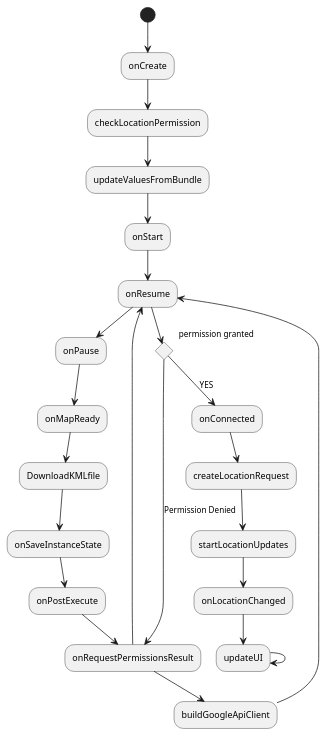
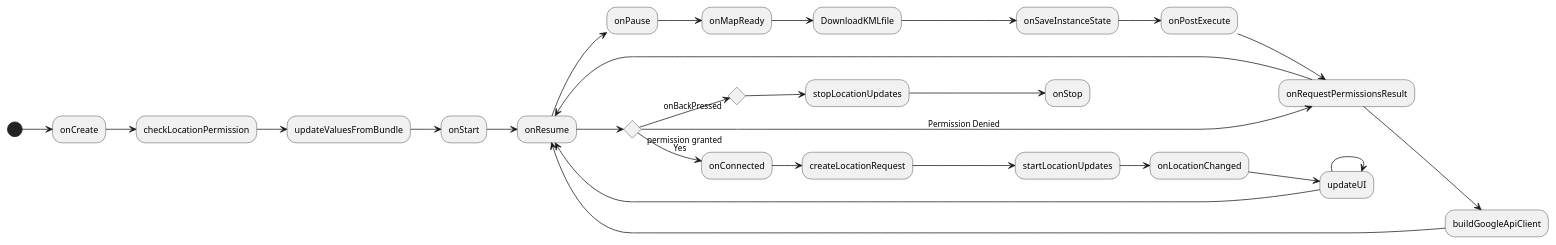
One commit to verden11/Grabble_SELP changed the diagram in app/src/main/res/raw/maps_sequence.puml. Above: the diagram before and after it, drawn with PlantUML. The commit also changed 1 other file, not shown here.

Commit message:
maps sequence diagram updte

```diff
--- a/app/src/main/res/raw/maps_sequence.puml
+++ b/app/src/main/res/raw/maps_sequence.puml
@@ -1,26 +1,34 @@
 @startuml
 (*)  --> "onCreate"
+left to right direction
 --> "checkLocationPermission"
 --> "updateValuesFromBundle"
 --> "onStart"
 --> "onResume"
 --> "onPause"
 --> "onMapReady"
 --> "DownloadKMLfile"
 --> "onSaveInstanceState"
 --> "onPostExecute"
 --> "onRequestPermissionsResult"
 --> "buildGoogleApiClient"
 --> "onResume"
     If "permission granted" then
-    --> [YES]"onConnected"
+    --> [Yes]"onConnected"
     --> "createLocationRequest"
     --> "startLocationUpdates"
     --> "onLocationChanged"
     --> "updateUI"
     --> "updateUI"
+    --> "onResume"
     else
     --> [Permission Denied]"onRequestPermissionsResult"
     --> "onResume"
+    else
+    If "onBackPressed" then
+        --> "stopLocationUpdates"
+        --> "onStop"
     Endif
+    Endif
+
 @enduml
```
